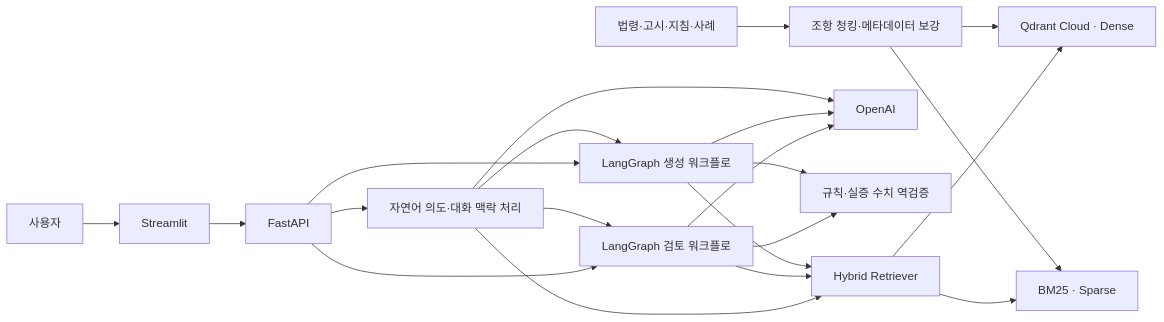
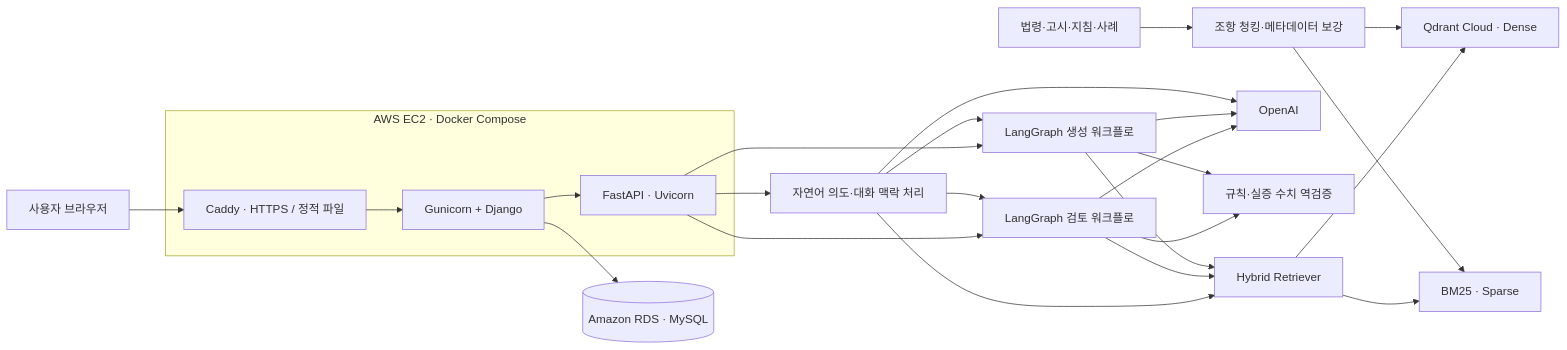
The first of 2 diagrams in README.md (SKNETWORKS-FAMILY-AICAMP/SKN35-4th-5Team), drawn with Mermaid before and after one commit. The commit also changed other lines of this file and 1 other file, not shown here.

````diff
--- a/README.md
+++ b/README.md
@@ -133,23 +135,27 @@
 ```mermaid
 flowchart LR
-    U[사용자] --> UI[Streamlit]
-    UI --> API[FastAPI]
+    U[사용자 브라우저] --> PROXY[Caddy · HTTPS / 정적 파일]
+    subgraph EC2[AWS EC2 · Docker Compose]
+        PROXY --> WEB[Gunicorn + Django]
+        WEB --> API[FastAPI · Uvicorn]
+    end
+    WEB --> DB[(Amazon RDS · MySQL)]
     API --> CHAT[자연어 의도·대화 맥락 처리]
     API --> REVIEW[LangGraph 검토 워크플로]
     API --> GEN[LangGraph 생성 워크플로]
     CHAT --> REVIEW
     CHAT --> GEN
     CHAT --> RAG[Hybrid Retriever]
     REVIEW --> RAG
     GEN --> RAG
     RAG --> Q[Qdrant Cloud · Dense]
     RAG --> B[BM25 · Sparse]
     REVIEW --> LLM[OpenAI]
     GEN --> LLM
     CHAT --> LLM
     REVIEW --> V[규칙·실증 수치 역검증]
     GEN --> V
     RAW[법령·고시·지침·사례] --> CHUNK[조항 청킹·메타데이터 보강]
     CHUNK --> Q
     CHUNK --> B
 ```
````
